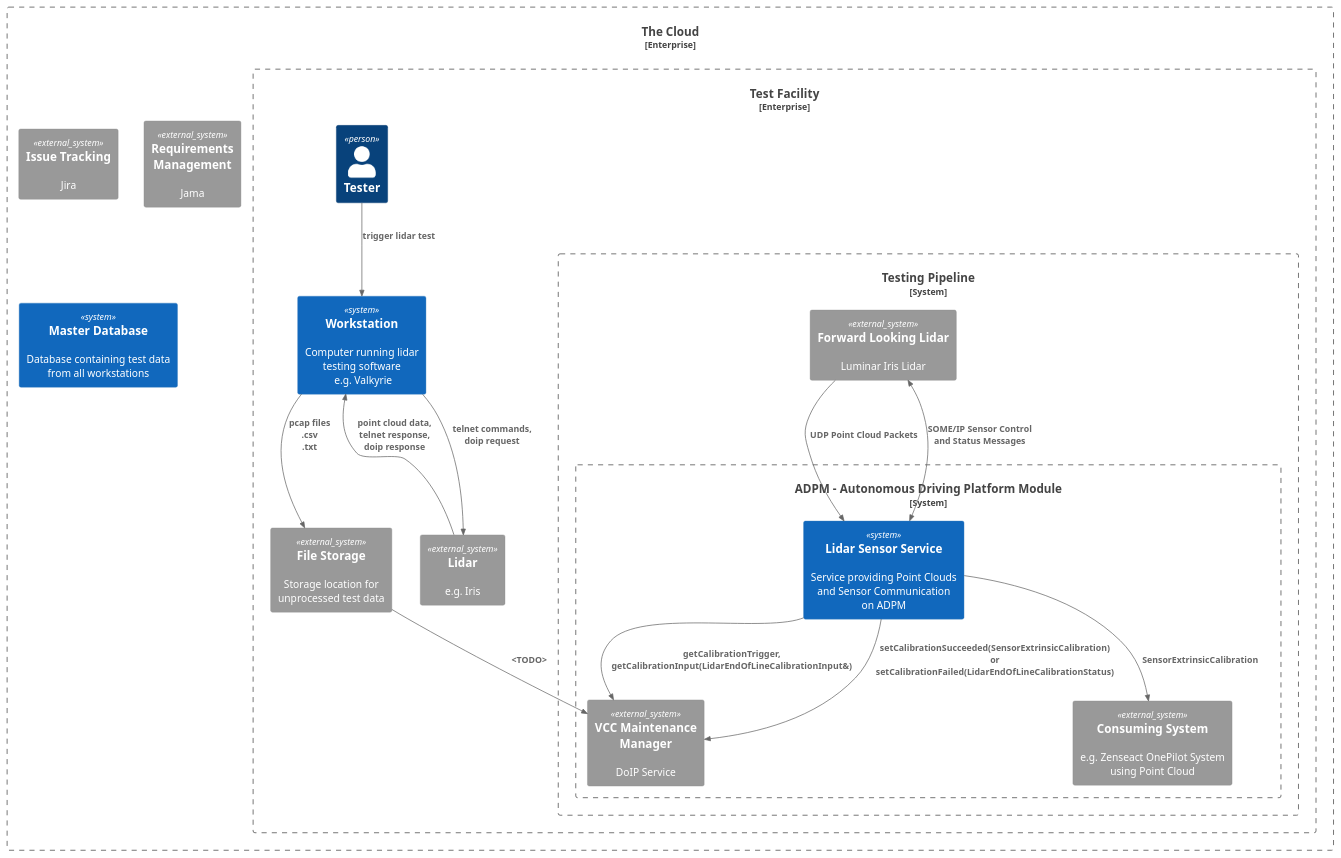
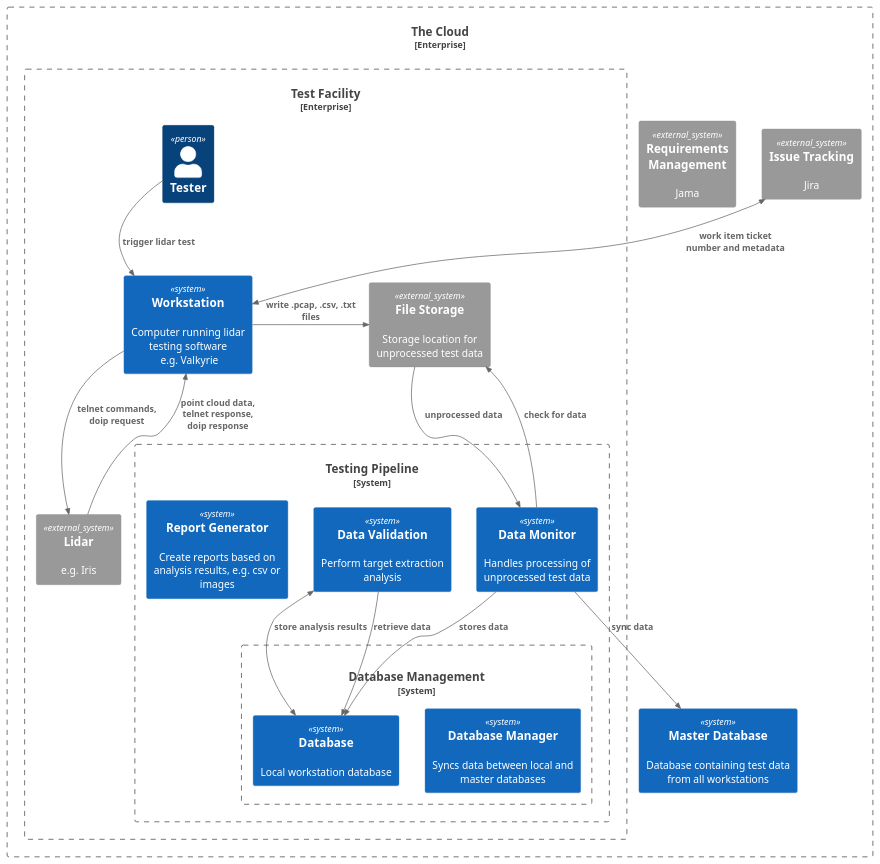
Before and after one commit to matthew-beisser/testing-automation-pipeline-3: the diagram in docs/architecture/context_test_system.plantuml, drawn with PlantUML.

Commit message:
Layout update

```diff
--- a/docs/architecture/context_test_system.plantuml
+++ b/docs/architecture/context_test_system.plantuml
@@ -1,43 +1,54 @@
-@startuml context_end_of_line_calibration
+@startuml context_test_automation_system
 !include https://raw.githubusercontent.com/plantuml-stdlib/C4-PlantUML/master/C4_Context.puml
+
+'LAYOUT_WITH_LEGEND()
+
 ' Elements
 Enterprise_Boundary(cloud, "The Cloud") {
-    System_Ext(Jira, "Issue Tracking", "Jira")
-    System_Ext(Jama, "Requirements Management", "Jama")
-    System(Database, "Master Database", "Database containing test data from all workstations")
+    'Enterprise_Boundary(automation, "Hosted") {
+        System_Ext(Jama, "Requirements Management", "Jama")
+        System_Ext(Jira, "Issue Tracking", "Jira")
+        System(MasterDatabase, "Master Database", "Database containing test data from all workstations")
+    '}
     
     Enterprise_Boundary(facility, "Test Facility") {
         Person(Tester, "Tester")
         System(TestWorkStation, "Workstation", "Computer running lidar testing software\n e.g. Valkyrie")
         System_Ext(Lidar, "Lidar", "e.g. Iris")
 
-        System_Ext(UnprocessedData, "File Storage", "Storage location for unprocessed test data")
+        System_Ext(FileStorage, "File Storage", "Storage location for unprocessed test data")
 
         System_Boundary(Pipeline, "Testing Pipeline") {
-            System_Boundary(ADPM, "ADPM - Autonomous Driving Platform Module") {
-                System(LSS, "Lidar Sensor Service", "Service providing Point Clouds and Sensor Communication on ADPM")
-                System_Ext(MaintenanceManager, "VCC Maintenance Manager", "DoIP Service")
-                System_Ext(Consumer, "Consuming System", "e.g. Zenseact OnePilot System using Point Cloud")
+            System(DataMonitor, "Data Monitor", "Handles processing of unprocessed test data")
+            
+            System_Boundary(DataBaseSystem, "Database Management", "Database syncing") {
+                System(DataBaseManager, "Database Manager", "Syncs data between local and master databases")
+                System(LocalDataBase, "Database", "Local workstation database")
             }
-            System_Ext(FLL, "Forward Looking Lidar", "Luminar Iris Lidar")
+
+            System(DataValidator, "Data Validation", "Perform target extraction analysis")
+            System(ReportGenerator, "Report Generator", "Create reports based on analysis results, e.g. csv or images")
         }
     }
 }
 
+Lay_R(Jama, Jira)
+
+'Rel_Neighbor(TestWorkStation, FileStorage, "write .pcap, .csv, .txt files")
+Rel_Neighbor(TestWorkStation, FileStorage, "write .pcap, .csv, .txt files")
+
 ' Relationships
 Rel(Tester, TestWorkStation, "trigger lidar test")
+BiRel(Jira, TestWorkStation, "work item ticket number and metadata")
+Rel(DataMonitor, FileStorage, "check for data")
+BiRel(DataValidator, LocalDataBase, "store analysis results")
+Rel(DataValidator, LocalDataBase, "retrieve data")
+Rel(DataMonitor, LocalDataBase, "stores data")
+Rel(FileStorage, DataMonitor, "unprocessed data")
 Rel(TestWorkStation, Lidar, "telnet commands,\ndoip request")
-Rel(TestWorkStation, UnprocessedData, "pcap files\n.csv\n.txt")
+
 Rel(Lidar, TestWorkStation, "point cloud data,\ntelnet response,\ndoip response")
-Rel(UnprocessedData, MaintenanceManager, "<TODO>")
-'Rel(TestWorkStation, MaintenanceManager, "DoIP")
 
-Rel(LSS, MaintenanceManager, "getCalibrationTrigger, getCalibrationInput(LidarEndOfLineCalibrationInput&)")
-Rel(LSS, MaintenanceManager, "setCalibrationSucceeded(SensorExtrinsicCalibration) or setCalibrationFailed(LidarEndOfLineCalibrationStatus)")
-
-BiRel(LSS, FLL, "SOME/IP Sensor Control and Status Messages")
-
-Rel(FLL, LSS, "UDP Point Cloud Packets")
-Rel(LSS, Consumer, "SensorExtrinsicCalibration")
+Rel(DataMonitor, MasterDatabase, "sync data")
 
 @enduml
```
